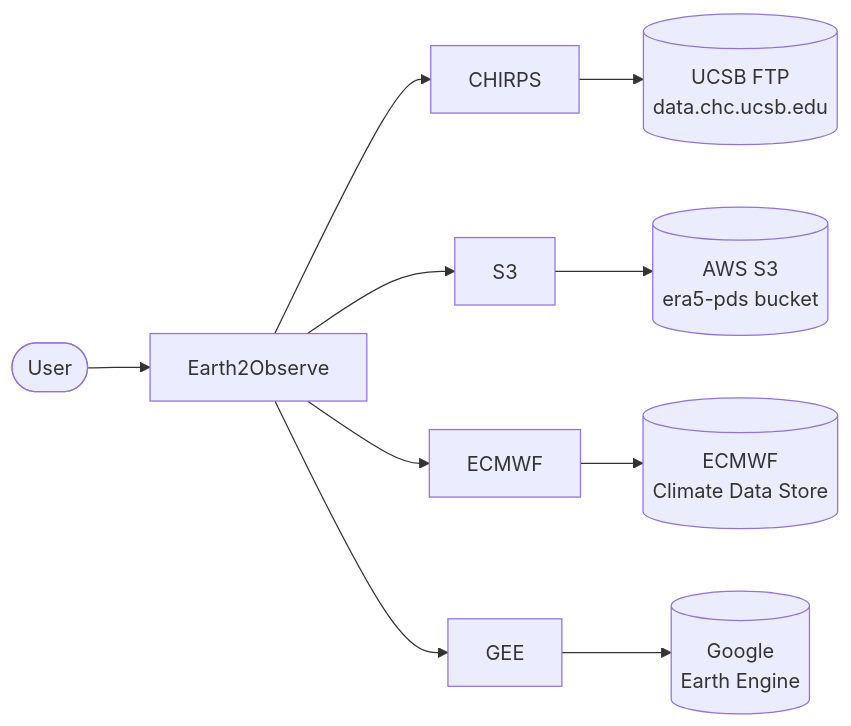
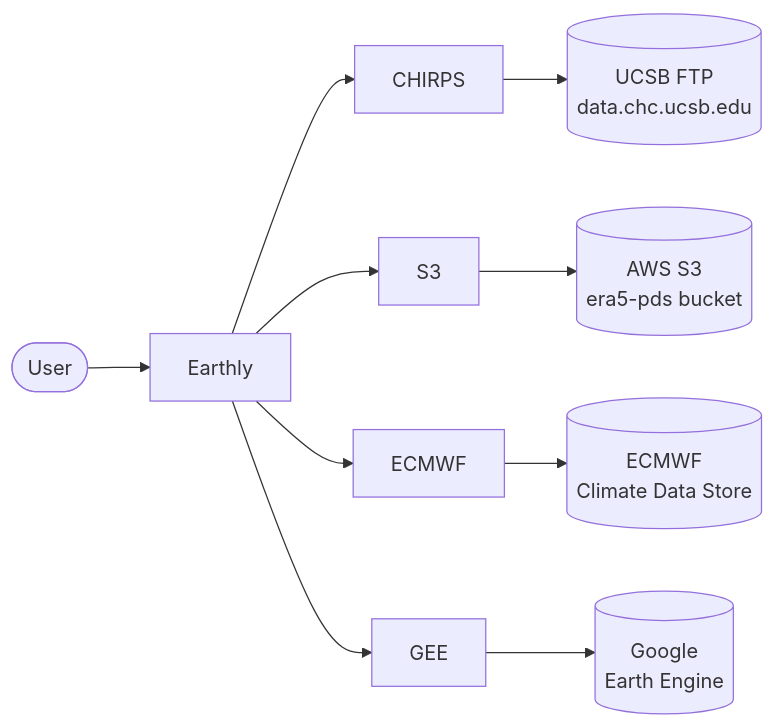
Before and after one commit to serapeum-org/earthly: the first of 5 diagrams in docs/overview/architecture.md, drawn with Mermaid. The commit also changed other lines of this file and 99 other files, not shown here.

````diff
--- a/docs/overview/architecture.md
+++ b/docs/overview/architecture.md
@@ -9,14 +9,14 @@
 ```mermaid
 flowchart LR
     user([User])
-    e2o[Earth2Observe]
+    e2o[Earthly]
     user --> e2o
     e2o --> CHIRPS
     e2o --> S3
     e2o --> ECMWF
     e2o --> GEE
     CHIRPS --> FTP[(UCSB FTP<br/>data.chc.ucsb.edu)]
     S3 --> AWS[(AWS S3<br/>era5-pds bucket)]
     ECMWF --> CDS[(ECMWF<br/>Climate Data Store)]
     GEE --> Earth[(Google<br/>Earth Engine)]
 ```
````
